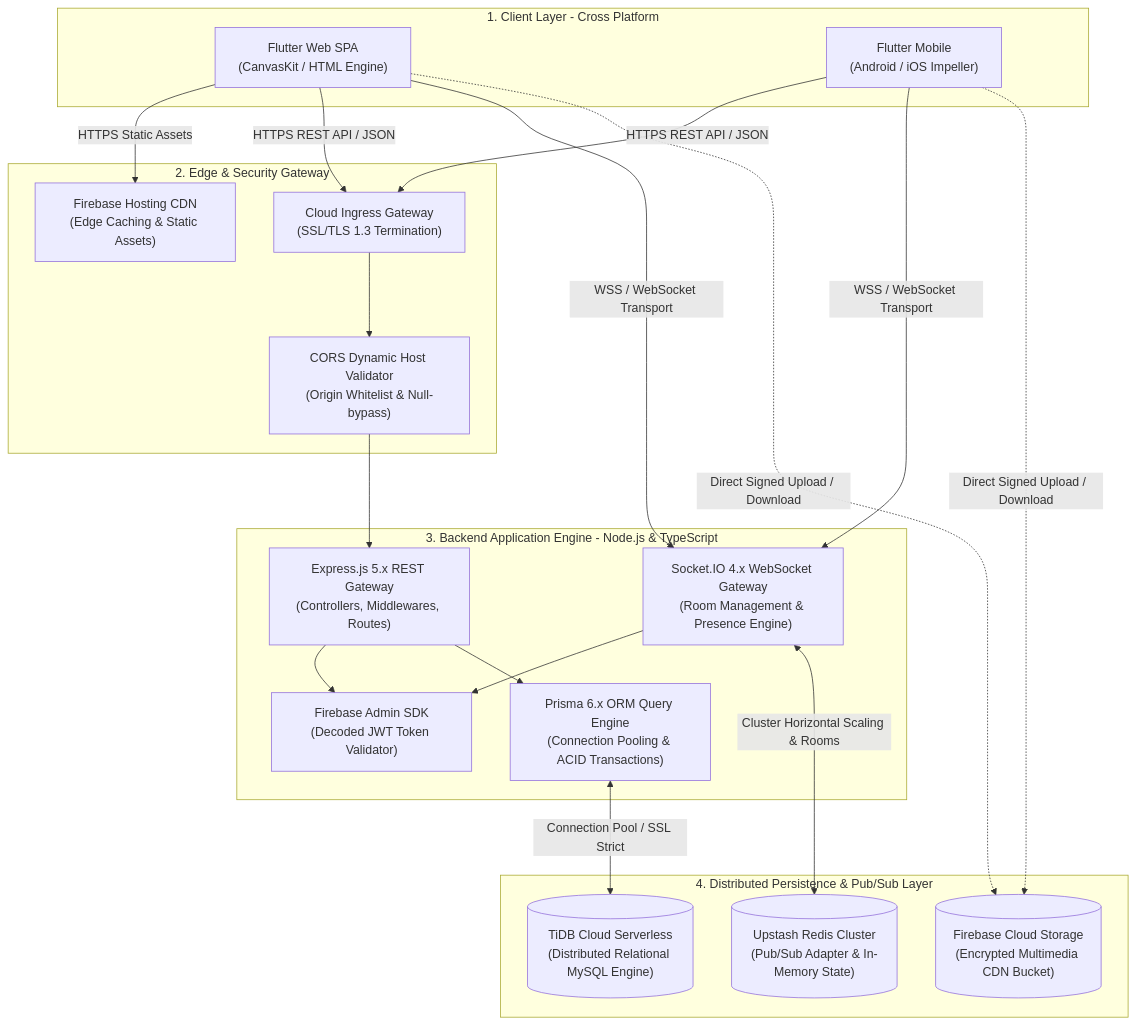
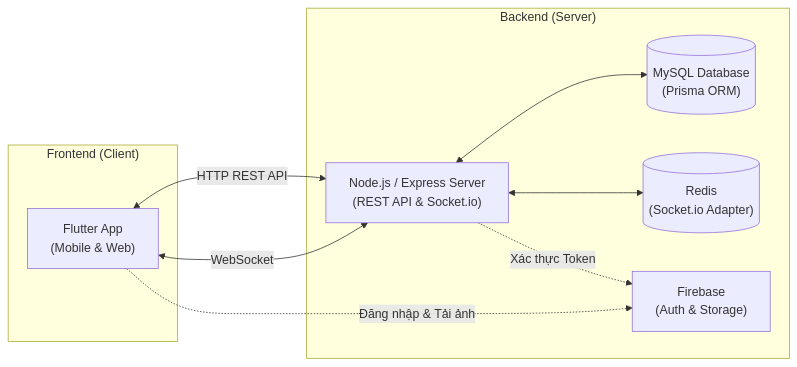
One commit to aimachinius/Thread-City- changed the diagram in README.md. Above: the diagram before and after it, drawn with Mermaid. The commit also changed other lines of this file and 2 other files, not shown here.

````diff
--- a/README.md
+++ b/README.md
@@ -28,44 +38,20 @@
 ```mermaid
-graph TD
-    subgraph ClientLayer ["1. Client Layer - Cross Platform"]
-        WebClient["Flutter Web SPA<br/>(CanvasKit / HTML Engine)"]
-        MobileClient["Flutter Mobile<br/>(Android / iOS Impeller)"]
+graph LR
+    subgraph Client ["Frontend (Client)"]
+        FlutterApp["Flutter App<br/>(Mobile & Web)"]
     end
 
-    subgraph EdgeLayer ["2. Edge & Security Gateway"]
-        CDN["Firebase Hosting CDN<br/>(Edge Caching & Static Assets)"]
-        ReverseProxy["Cloud Ingress Gateway<br/>(SSL/TLS 1.3 Termination)"]
-        CORS["CORS Dynamic Host Validator<br/>(Origin Whitelist & Null-bypass)"]
+    subgraph ServerSide ["Backend (Server)"]
+        NodeServer["Node.js / Express Server<br/>(REST API & Socket.io)"]
+        DB[("MySQL Database<br/>(Prisma ORM)")]
+        RedisDB[("Redis<br/>(Socket.io Adapter)")]
+        FirebaseServ["Firebase<br/>(Auth & Storage)"]
     end
 
-    subgraph AppLayer ["3. Backend Application Engine - Node.js & TypeScript"]
-        ExpressApp["Express.js 5.x REST Gateway<br/>(Controllers, Middlewares, Routes)"]
-        SocketEngine["Socket.IO 4.x WebSocket Gateway<br/>(Room Management & Presence Engine)"]
-        AuthGuard["Firebase Admin SDK<br/>(Decoded JWT Token Validator)"]
-        PrismaEngine["Prisma 6.x ORM Query Engine<br/>(Connection Pooling & ACID Transactions)"]
-    end
-
-    subgraph DataLayer ["4. Distributed Persistence & Pub/Sub Layer"]
-        RedisCluster[("Upstash Redis Cluster<br/>(Pub/Sub Adapter & In-Memory State)")]
-        DistributedDB[("TiDB Cloud Serverless<br/>(Distributed Relational MySQL Engine)")]
-        MediaStorage[("Firebase Cloud Storage<br/>(Encrypted Multimedia CDN Bucket)")]
-    end
-
-    WebClient -->|"HTTPS Static Assets"| CDN
-    WebClient -->|"HTTPS REST API / JSON"| ReverseProxy
-    MobileClient -->|"HTTPS REST API / JSON"| ReverseProxy
-    WebClient -->|"WSS / WebSocket Transport"| SocketEngine
-    MobileClient -->|"WSS / WebSocket Transport"| SocketEngine
-
-    ReverseProxy --> CORS
-    CORS --> ExpressApp
-
-    ExpressApp --> AuthGuard
-    SocketEngine --> AuthGuard
-
-    ExpressApp --> PrismaEngine
-    SocketEngine <-->|"Cluster Horizontal Scaling & Rooms"| RedisCluster
-    PrismaEngine <-->|"Connection Pool / SSL Strict"| DistributedDB
-    WebClient -.->|"Direct Signed Upload / Download"| MediaStorage
-    MobileClient -.->|"Direct Signed Upload / Download"| MediaStorage
+    FlutterApp <-->|"HTTP REST API"| NodeServer
+    FlutterApp <-->|"WebSocket"| NodeServer
+    FlutterApp -.->|"Đăng nhập & Tải ảnh"| FirebaseServ
+    NodeServer <--> DB
+    NodeServer <--> RedisDB
+    NodeServer -.->|"Xác thực Token"| FirebaseServ
 ```
````
